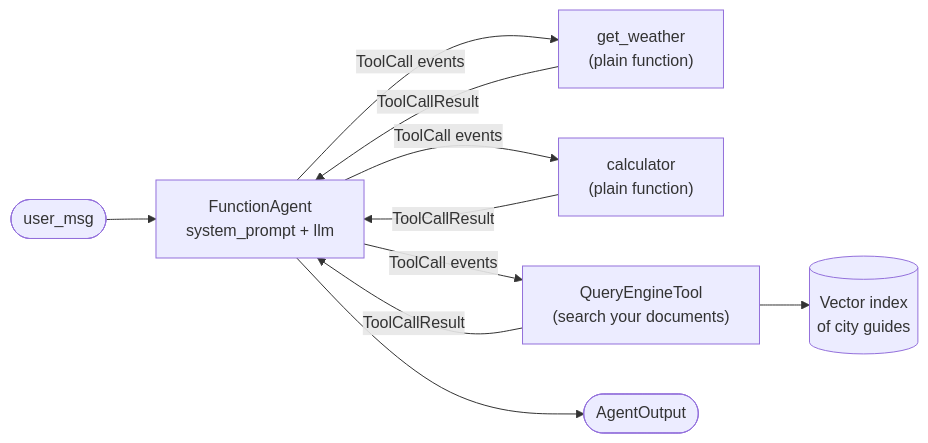
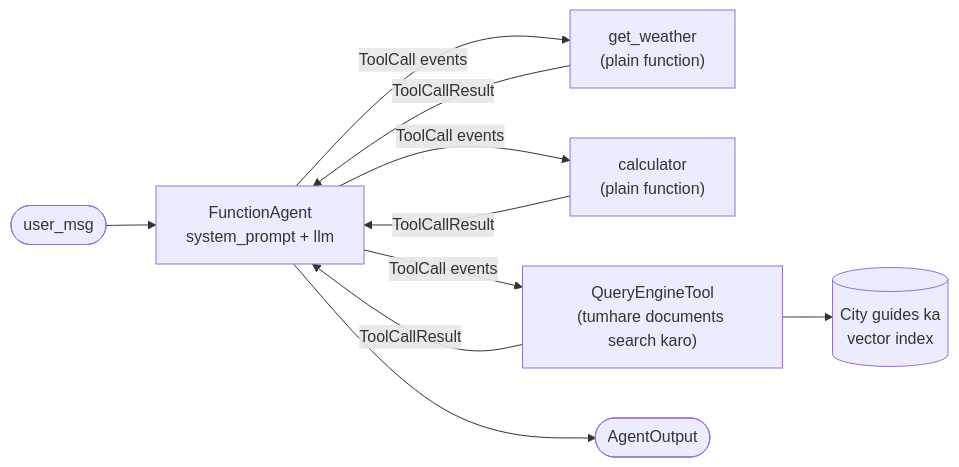
Before and after one commit to asmustechno/agentic-ai-notes: the diagram in docs/11-frameworks/11.7-llamaindex-agents.md, drawn with Mermaid. The commit also changed other lines of this file and 135 other files, not shown here.

````diff
--- a/docs/11-frameworks/11.7-llamaindex-agents.md
+++ b/docs/11-frameworks/11.7-llamaindex-agents.md
@@ -50,12 +52,12 @@
 ```mermaid
 flowchart LR
     Q(["user_msg"]) --> FA["FunctionAgent<br/>system_prompt + llm"]
     FA -->|"ToolCall events"| T1["get_weather<br/>(plain function)"]
     FA -->|"ToolCall events"| T2["calculator<br/>(plain function)"]
-    FA -->|"ToolCall events"| T3["QueryEngineTool<br/>(search your documents)"]
-    T3 --> IDX[("Vector index<br/>of city guides")]
+    FA -->|"ToolCall events"| T3["QueryEngineTool<br/>(tumhare documents search karo)"]
+    T3 --> IDX[("City guides ka<br/>vector index")]
     T1 -->|"ToolCallResult"| FA
     T2 -->|"ToolCallResult"| FA
     T3 -->|"ToolCallResult"| FA
     FA --> OUT(["AgentOutput"])
 ```
````
